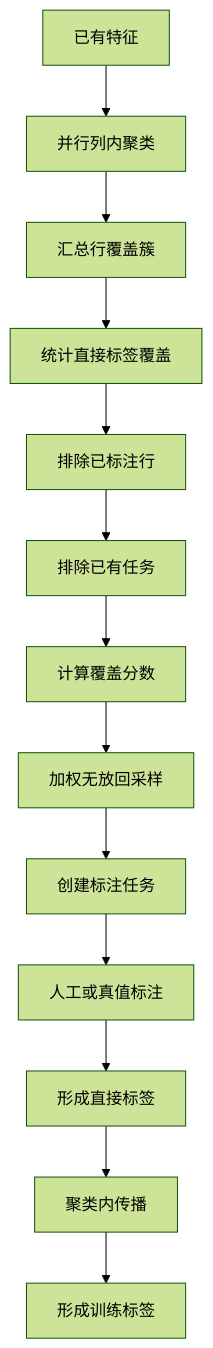
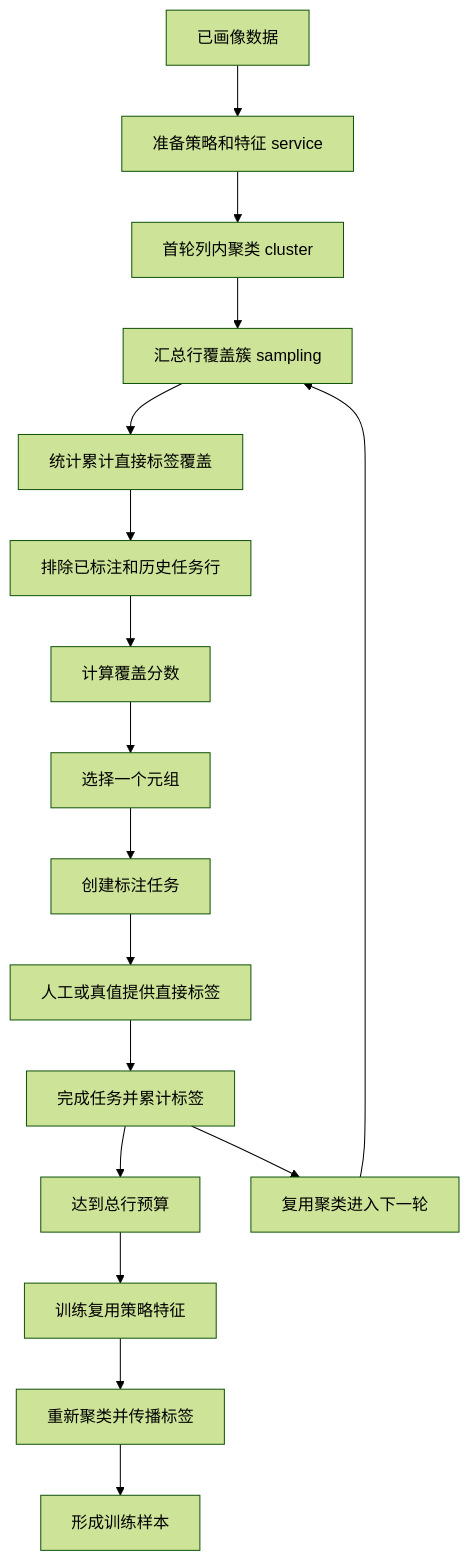
One commit to 18963603561/fmdb_udf_raha changed the tenth of 14 diagrams in doc/20260715/Raha工程-源码完整分析-202607150943.md. Above: the diagram before and after it, drawn with Mermaid (forest theme). The commit also changed other lines of this file and 12 other files, not shown here.

````diff
--- a/doc/20260715/Raha工程-源码完整分析-202607150943.md
+++ b/doc/20260715/Raha工程-源码完整分析-202607150943.md
@@ -844,15 +931,19 @@
 ```mermaid
 graph TD;
-n01[已有特征] --> n02[并行列内聚类];
-n02 --> n03[汇总行覆盖簇];
-n03 --> n04[统计直接标签覆盖];
-n04 --> n05[排除已标注行];
-n05 --> n06[排除已有任务];
+n01[已画像数据] --> n02[准备策略和特征 service];
+n02 --> n03[首轮列内聚类 cluster];
+n03 --> n04[汇总行覆盖簇 sampling];
+n04 --> n05[统计累计直接标签覆盖];
+n05 --> n06[排除已标注和历史任务行];
 n06 --> n07[计算覆盖分数];
-n07 --> n08[加权无放回采样];
+n07 --> n08[选择一个元组];
 n08 --> n09[创建标注任务];
-n09 --> n10[人工或真值标注];
-n10 --> n11[形成直接标签];
-n11 --> n12[聚类内传播];
-n12 --> n13[形成训练标签];
+n09 --> n10[人工或真值提供直接标签];
+n10 --> n11[完成任务并累计标签];
+n11 --> n12[达到总行预算];
+n11 --> n13[复用聚类进入下一轮];
+n13 --> n04;
+n12 --> n14[训练复用策略特征];
+n14 --> n15[重新聚类并传播标签];
+n15 --> n16[形成训练样本];
 ```
````
